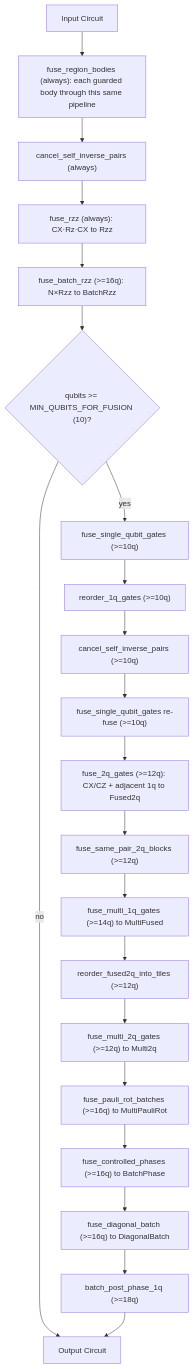
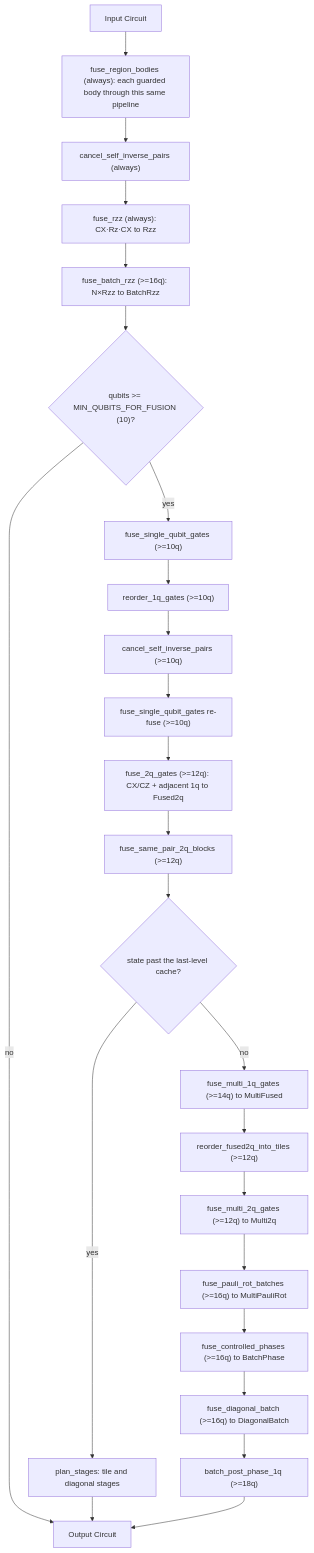
One commit to AbeCoull/prism-q changed the diagram in docs/architecture/fusion.md. Above: the diagram before and after it, drawn with Mermaid. The commit also changed other lines of this file and 13 other files, not shown here.

First line of the commit message:
perf(fusion): stage tiled batches past the last-level cache

````diff
--- a/docs/architecture/fusion.md
+++ b/docs/architecture/fusion.md
@@ -10,23 +10,26 @@
 ```mermaid
 flowchart TD
     IN[Input Circuit] --> PR["fuse_region_bodies (always): each guarded body through this same pipeline"]
     PR --> P0["cancel_self_inverse_pairs (always)"]
     P0 --> P0r["fuse_rzz (always): CX&middot;Rz&middot;CX to Rzz"]
     P0r --> P0b["fuse_batch_rzz (>=16q): N&times;Rzz to BatchRzz"]
     P0b --> G{"qubits >= MIN_QUBITS_FOR_FUSION (10)?"}
     G -- no --> OUT[Output Circuit]
     G -- yes --> P1["fuse_single_qubit_gates (>=10q)"]
     P1 --> P1r["reorder_1q_gates (>=10q)"]
     P1r --> P1c["cancel_self_inverse_pairs (>=10q)"]
     P1c --> P1f["fuse_single_qubit_gates re-fuse (>=10q)"]
     P1f --> P2q["fuse_2q_gates (>=12q): CX/CZ + adjacent 1q to Fused2q"]
     P2q --> P2qb["fuse_same_pair_2q_blocks (>=12q)"]
-    P2qb --> P2["fuse_multi_1q_gates (>=14q) to MultiFused"]
+    P2qb --> S{"state past the last-level cache?"}
+    S -- yes --> PS["plan_stages: tile and diagonal stages"]
+    PS --> OUT
+    S -- no --> P2["fuse_multi_1q_gates (>=14q) to MultiFused"]
     P2 --> P2qr["reorder_fused2q_into_tiles (>=12q)"]
     P2qr --> Pm2q["fuse_multi_2q_gates (>=12q) to Multi2q"]
     Pm2q --> Ppr["fuse_pauli_rot_batches (>=16q) to MultiPauliRot"]
     Ppr --> Pcp["fuse_controlled_phases (>=16q) to BatchPhase"]
     Pcp --> Pdb["fuse_diagonal_batch (>=16q) to DiagonalBatch"]
     Pdb --> Ppp["batch_post_phase_1q (>=18q)"]
     Ppp --> OUT
 ```
````
